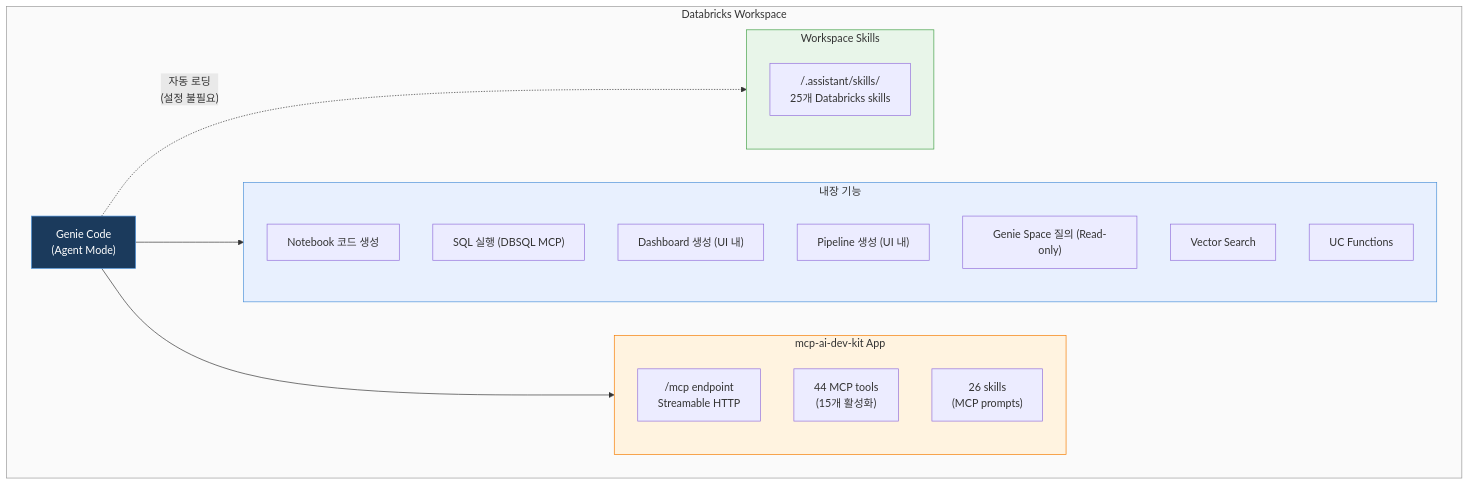
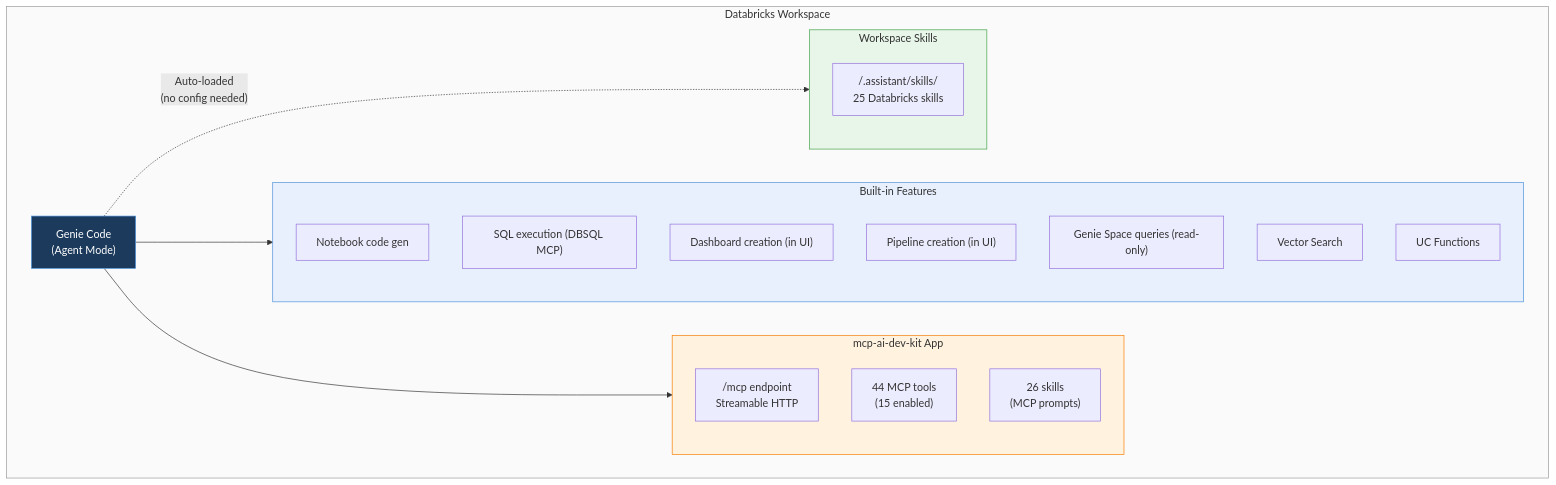
The diagram in README.md (SimyungYang/genie-code-ai-dev-kit), drawn with Mermaid before and after one commit. The commit also changed other lines of this file and 1 other file, not shown here.

````diff
--- a/README.md
+++ b/README.md
@@ -275,36 +265,36 @@
 ```mermaid
 graph TB
     subgraph WS["Databricks Workspace"]
         GC["Genie Code<br/>(Agent Mode)"]
 
         GC --> BUILTIN
         GC --> MCP
-        GC -.->|"자동 로딩<br/>(설정 불필요)"| SKILLS
+        GC -.->|"Auto-loaded<br/>(no config needed)"| SKILLS
 
-        subgraph BUILTIN["내장 기능"]
-            B1["Notebook 코드 생성"]
-            B2["SQL 실행 (DBSQL MCP)"]
-            B3["Dashboard 생성 (UI 내)"]
-            B4["Pipeline 생성 (UI 내)"]
-            B5["Genie Space 질의 (Read-only)"]
+        subgraph BUILTIN["Built-in Features"]
+            B1["Notebook code gen"]
+            B2["SQL execution (DBSQL MCP)"]
+            B3["Dashboard creation (in UI)"]
+            B4["Pipeline creation (in UI)"]
+            B5["Genie Space queries (read-only)"]
             B6["Vector Search"]
             B7["UC Functions"]
         end
 
         subgraph MCP["mcp-ai-dev-kit App"]
             M0["/mcp endpoint<br/>Streamable HTTP"]
-            M1["44 MCP tools<br/>(15개 활성화)"]
+            M1["44 MCP tools<br/>(15 enabled)"]
             M2["26 skills<br/>(MCP prompts)"]
         end
 
         subgraph SKILLS["Workspace Skills"]
-            S1["/.assistant/skills/<br/>25개 Databricks skills"]
+            S1["/.assistant/skills/<br/>25 Databricks skills"]
         end
     end
 
     style GC fill:#1B3A5C,color:#fff,stroke:#4A90D9
     style BUILTIN fill:#E8F0FE,stroke:#4A90D9
     style MCP fill:#FFF3E0,stroke:#F57C00
     style SKILLS fill:#E8F5E9,stroke:#43A047
     style WS fill:#FAFAFA,stroke:#999
 ```
````
